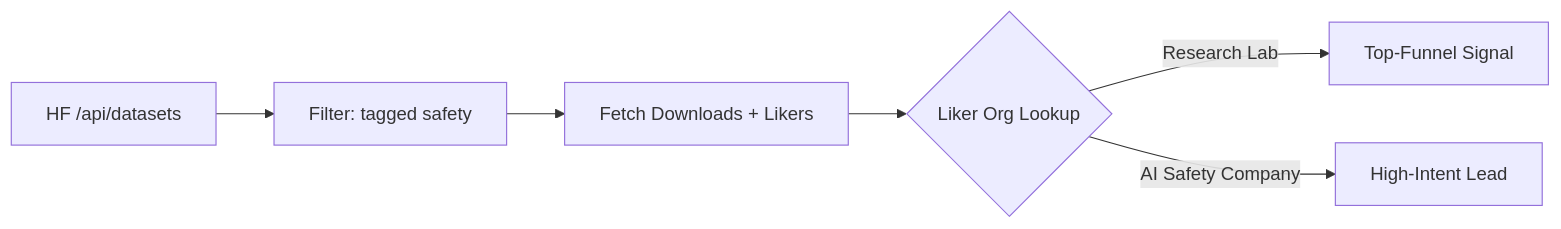
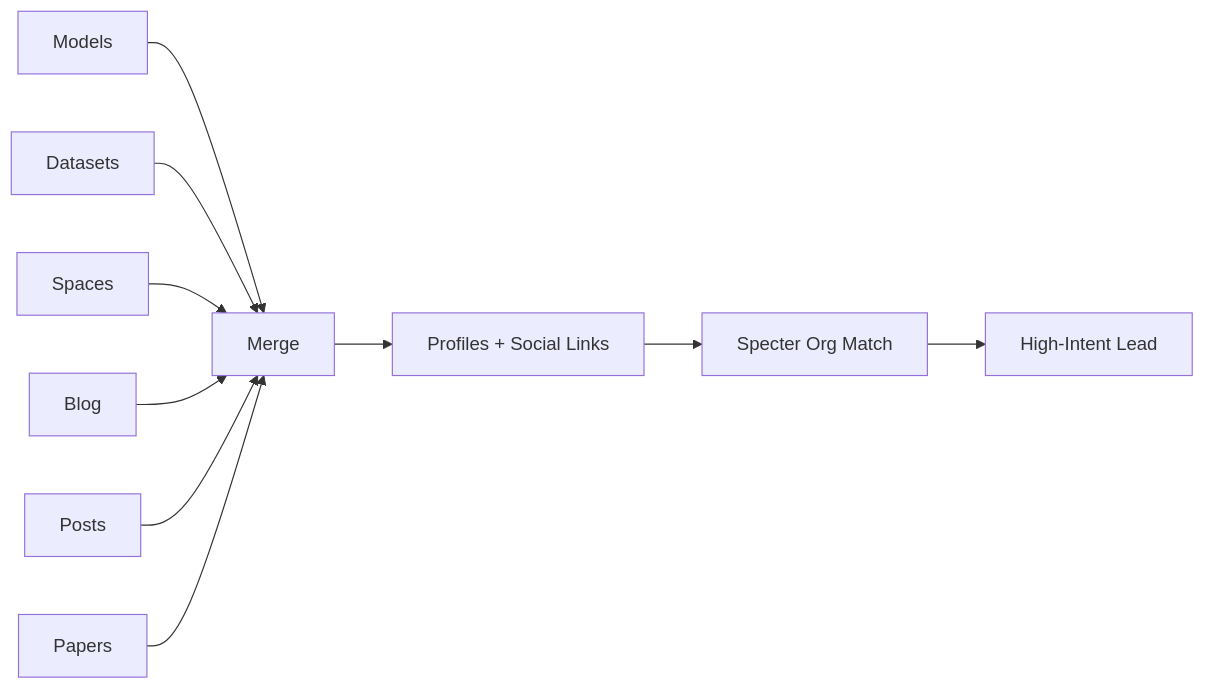
One commit to frankterpo/mermaidchart_prezi changed the ninth of 10 diagrams in presentation/white_circle_prezi.md. Above: the diagram before and after it, drawn with Mermaid. The commit also changed other lines of this file and 7 other files, not shown here.

````diff
--- a/presentation/white_circle_prezi.md
+++ b/presentation/white_circle_prezi.md
@@ -356,8 +482,12 @@
 ```mermaid
 flowchart LR
-    A[HF /api/datasets] --> B[Filter: tagged safety]
-    B --> C[Fetch Downloads + Likers]
-    C --> D{Liker Org Lookup}
-    D -->|Research Lab| E[Top-Funnel Signal]
-    D -->|AI Safety Company| F[High-Intent Lead]
+    A[Models] --> M[Merge]
+    B[Datasets] --> M
+    C[Spaces] --> M
+    D[Blog] --> M
+    E[Posts] --> M
+    F[Papers] --> M
+    M --> G[Profiles + Social Links]
+    G --> H[Specter Org Match]
+    H --> I[High-Intent Lead]
 ```
````
